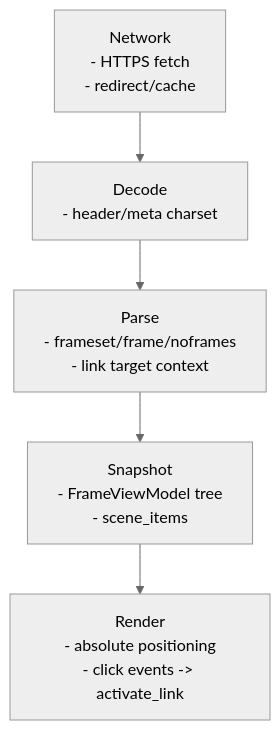
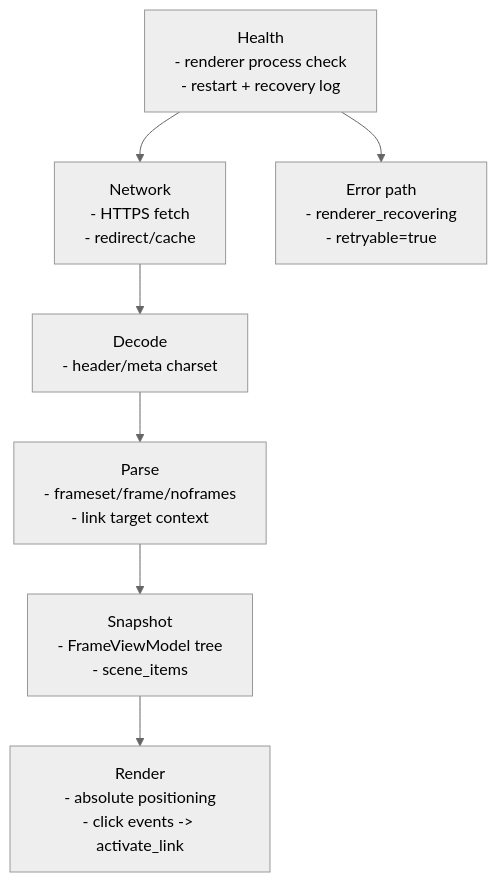
Before and after one commit to pkaiy81/CosmoBrowse: the second of 2 diagrams in docs/architecture/render-pipeline.md, drawn with Mermaid (neutral theme). The commit also changed other lines of this file and 8 other files, not shown here.

Commit message:
docs: update roadmap progress and recovery architecture flows

````diff
--- a/docs/architecture/render-pipeline.md
+++ b/docs/architecture/render-pipeline.md
@@ -19,7 +22,9 @@
 ```mermaid
 flowchart TD
-  N[Network\n- HTTPS fetch\n- redirect/cache] --> D[Decode\n- header/meta charset]
+  H[Health\n- renderer process check\n- restart + recovery log] --> N[Network\n- HTTPS fetch\n- redirect/cache]
+  H --> E[Error path\n- renderer_recovering\n- retryable=true]
+  N --> D[Decode\n- header/meta charset]
   D --> P[Parse\n- frameset/frame/noframes\n- link target context]
   P --> S[Snapshot\n- FrameViewModel tree\n- scene_items]
   S --> R[Render\n- absolute positioning\n- click events -> activate_link]
 ```
````
